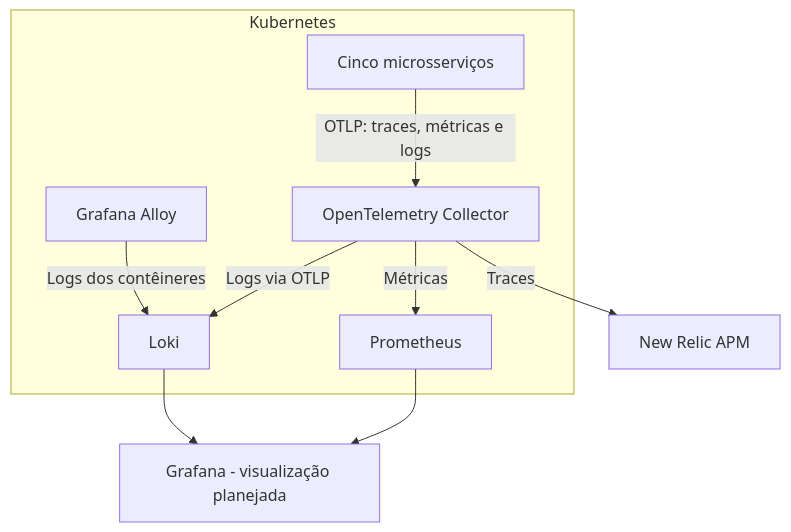
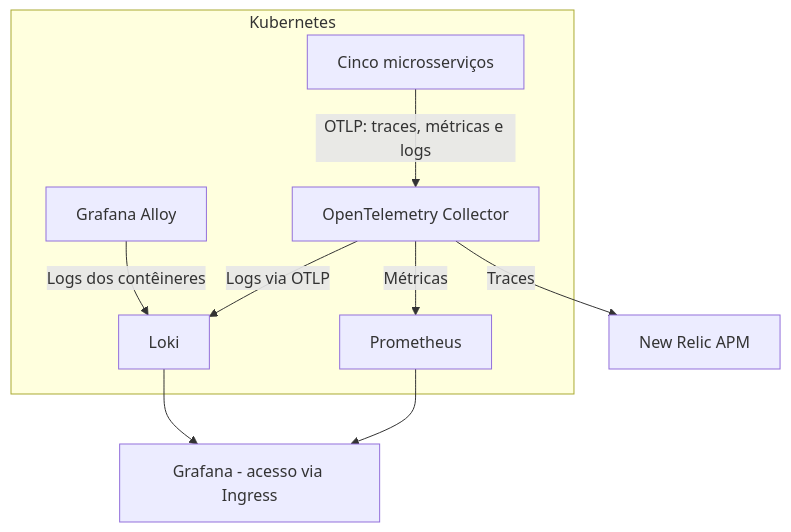
One commit to castilhoarth/tech-challenge-3-k8s changed the diagram in PROJETO - Fase4.md. Above: the diagram before and after it, drawn with Mermaid. The commit also changed other lines of this file, not shown here.

````diff
--- a/PROJETO - Fase4.md
+++ b/PROJETO - Fase4.md
@@ -72,18 +70,18 @@
 ```mermaid
 flowchart TD
     subgraph K8S["Kubernetes"]
         S["Cinco microsserviços"]
         A["Grafana Alloy"]
         O["OpenTelemetry Collector"]
         P["Prometheus"]
         L["Loki"]
     end
 
     S -->|"OTLP: traces, métricas e logs"| O
     O -->|"Traces"| N["New Relic APM"]
     O -->|"Métricas"| P
     O -->|"Logs via OTLP"| L
     A -->|"Logs dos contêineres"| L
-    P --> G["Grafana - visualização planejada"]
+    P --> G["Grafana - acesso via Ingress"]
     L --> G
 ```
````
